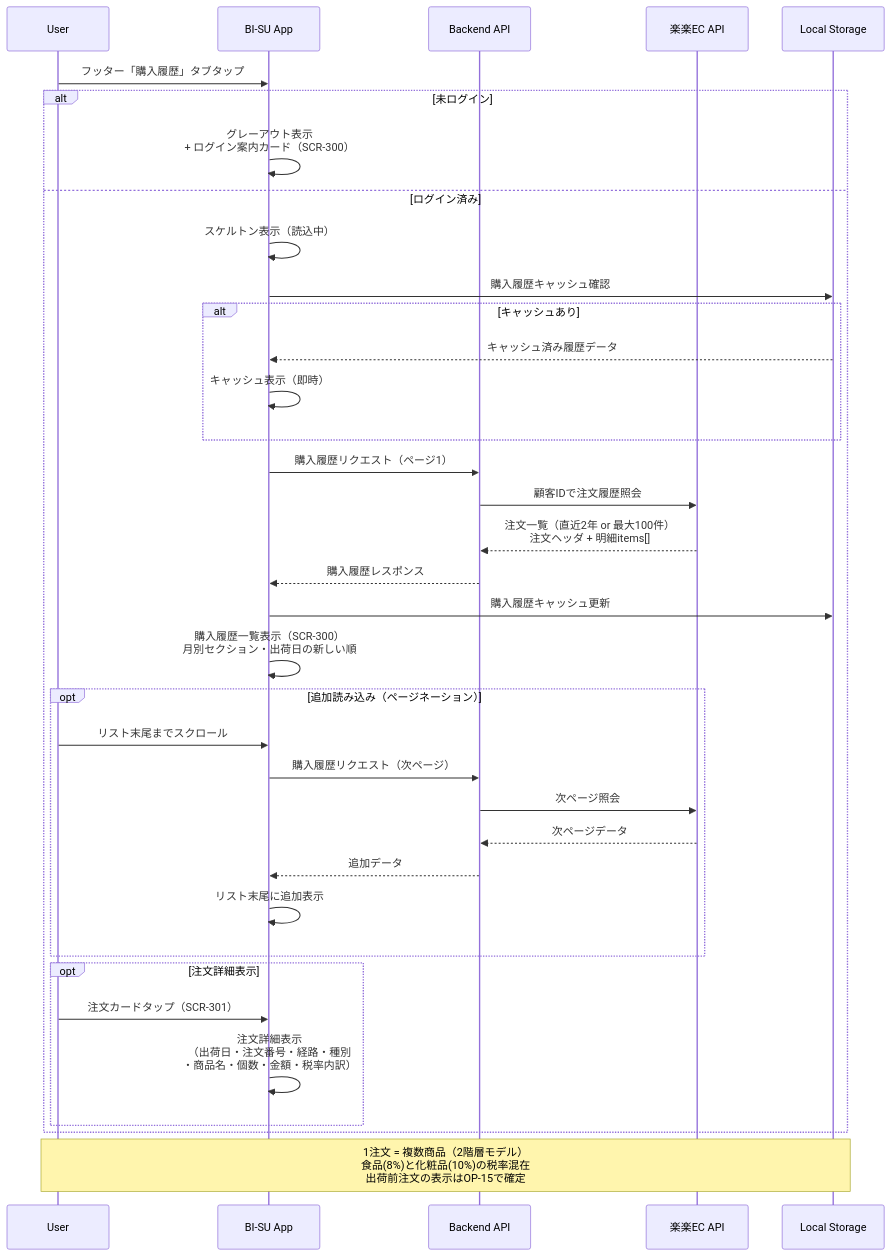
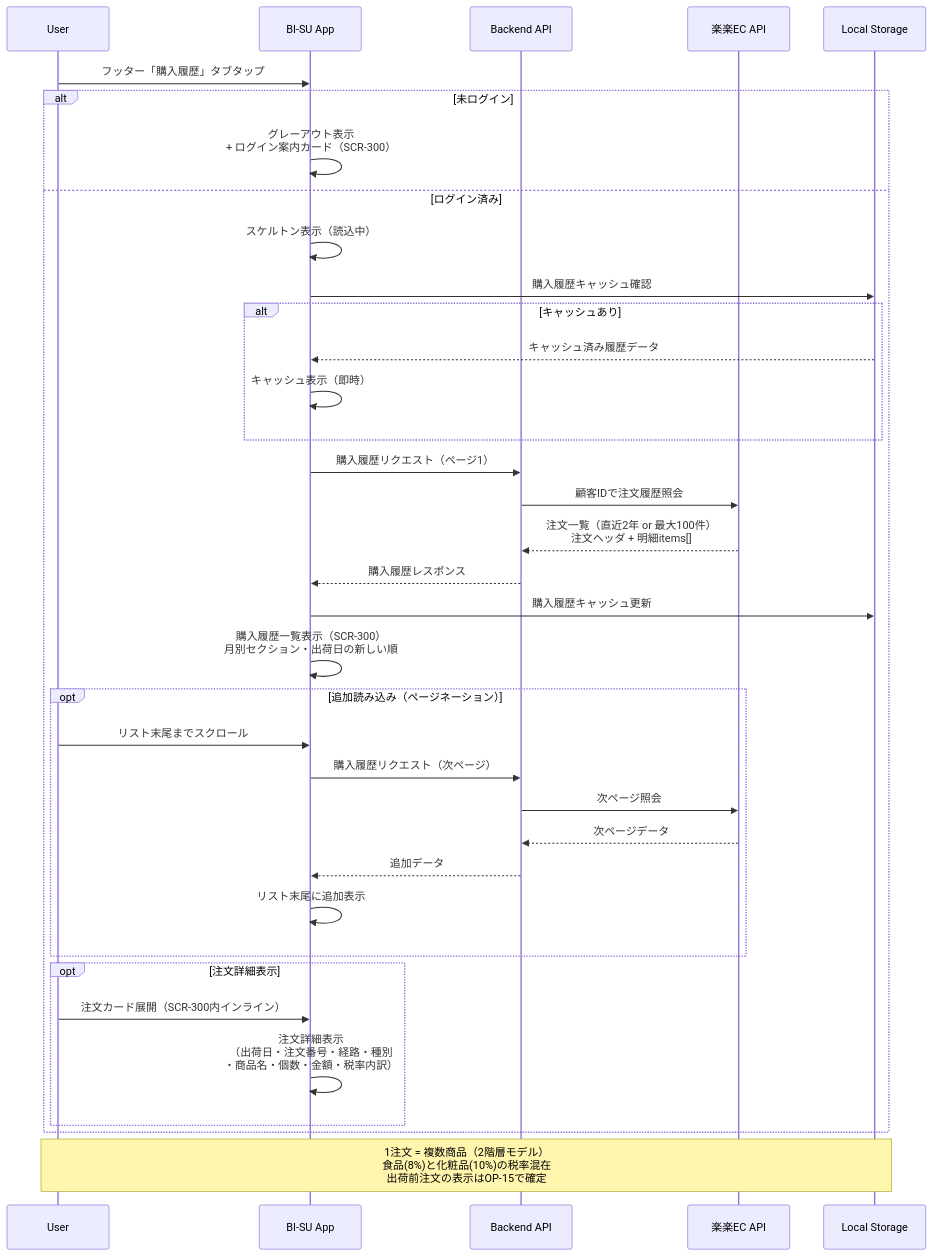
Before and after one commit to YukaHasebe/bi-su-app: diagram 11 of 24 in docs/05_シーケンス図.md, drawn with Mermaid. The commit also changed other lines of this file and 6 other files, not shown here.

````diff
--- a/docs/05_シーケンス図.md
+++ b/docs/05_シーケンス図.md
@@ -331,44 +331,44 @@
 ```mermaid
 sequenceDiagram
     participant U as User
     participant App as BI-SU App
     participant API as Backend API
     participant REC as 楽楽EC API
     participant LS as Local Storage
 
     U->>App: フッター「購入履歴」タブタップ
 
     alt 未ログイン
         App->>App: グレーアウト表示<br/>+ ログイン案内カード（SCR-300）
     else ログイン済み
         App->>App: スケルトン表示（読込中）
         App->>LS: 購入履歴キャッシュ確認
         alt キャッシュあり
             LS-->>App: キャッシュ済み履歴データ
             App->>App: キャッシュ表示（即時）
         end
 
         App->>API: 購入履歴リクエスト（ページ1）
         API->>REC: 顧客IDで注文履歴照会
         REC-->>API: 注文一覧（直近2年 or 最大100件）<br/>注文ヘッダ + 明細items[]
         API-->>App: 購入履歴レスポンス
         App->>LS: 購入履歴キャッシュ更新
         App->>App: 購入履歴一覧表示（SCR-300）<br/>月別セクション・出荷日の新しい順
 
         opt 追加読み込み（ページネーション）
             U->>App: リスト末尾までスクロール
             App->>API: 購入履歴リクエスト（次ページ）
             API->>REC: 次ページ照会
             REC-->>API: 次ページデータ
             API-->>App: 追加データ
             App->>App: リスト末尾に追加表示
         end
 
         opt 注文詳細表示
-            U->>App: 注文カードタップ（SCR-301）
+            U->>App: 注文カード展開（SCR-300内インライン）
             App->>App: 注文詳細表示<br/>（出荷日・注文番号・経路・種別<br/>・商品名・個数・金額・税率内訳）
         end
     end
 
     Note over U,LS: 1注文 = 複数商品（2階層モデル）<br/>食品(8%)と化粧品(10%)の税率混在<br/>出荷前注文の表示はOP-15で確定
 ```
````
